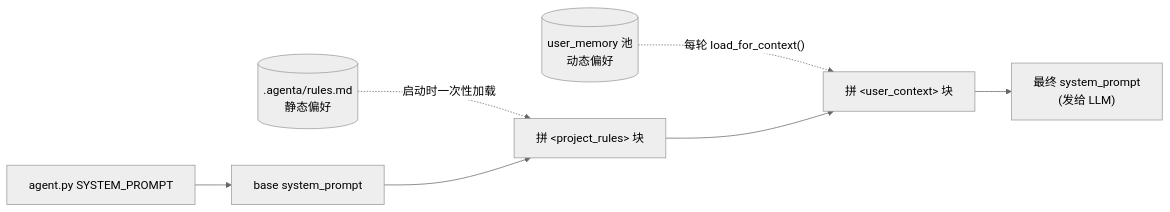
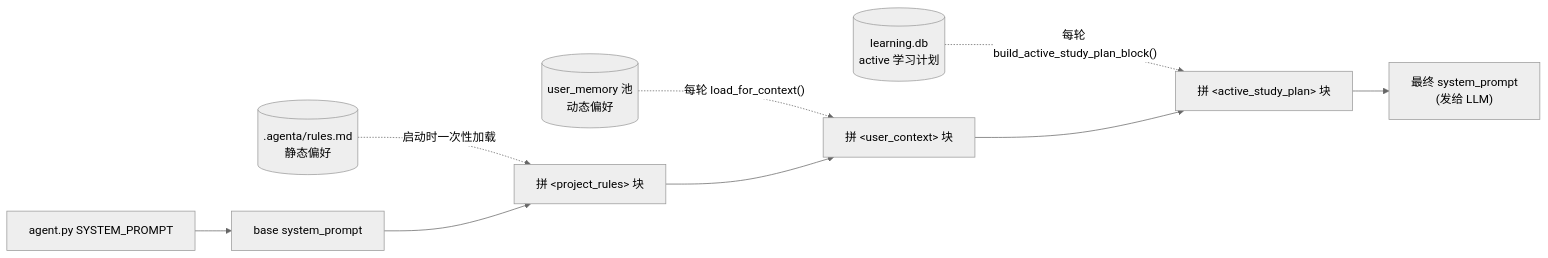
Before and after one commit to michaelwangzhenan/AgentA: diagram 14 of 19 in docs/design.md, drawn with Mermaid (neutral theme). The commit also changed other lines of this file and 22 other files, not shown here.

````diff
--- a/docs/design.md
+++ b/docs/design.md
@@ -602,12 +603,14 @@
 ```mermaid
 flowchart LR
     SYS["agent.py SYSTEM_PROMPT"]
     RULES[(".agenta/rules.md<br/>静态偏好")]
     MEM[("user_memory 池<br/>动态偏好")]
+    LP[("learning.db<br/>active 学习计划")]
 
     SYS --> BASE["base system_prompt"]
     RULES -.->|"启动时一次性加载"| R["拼 &lt;project_rules&gt; 块"]
     MEM -.->|"每轮 load_for_context()"| C["拼 &lt;user_context&gt; 块"]
+    LP -.->|"每轮 build_active_study_plan_block()"| P["拼 &lt;active_study_plan&gt; 块"]
 
-    BASE --> R --> C --> OUT["最终 system_prompt<br/>(发给 LLM)"]
+    BASE --> R --> C --> P --> OUT["最终 system_prompt<br/>(发给 LLM)"]
 ```
````
